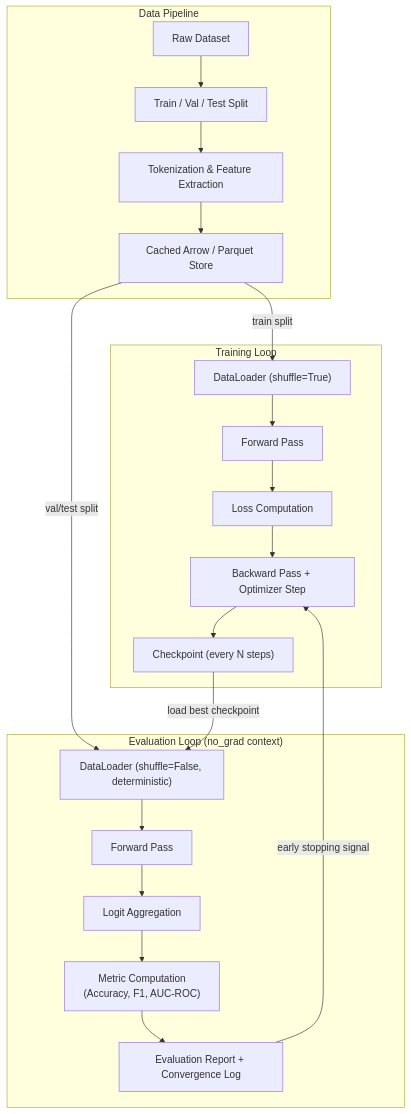
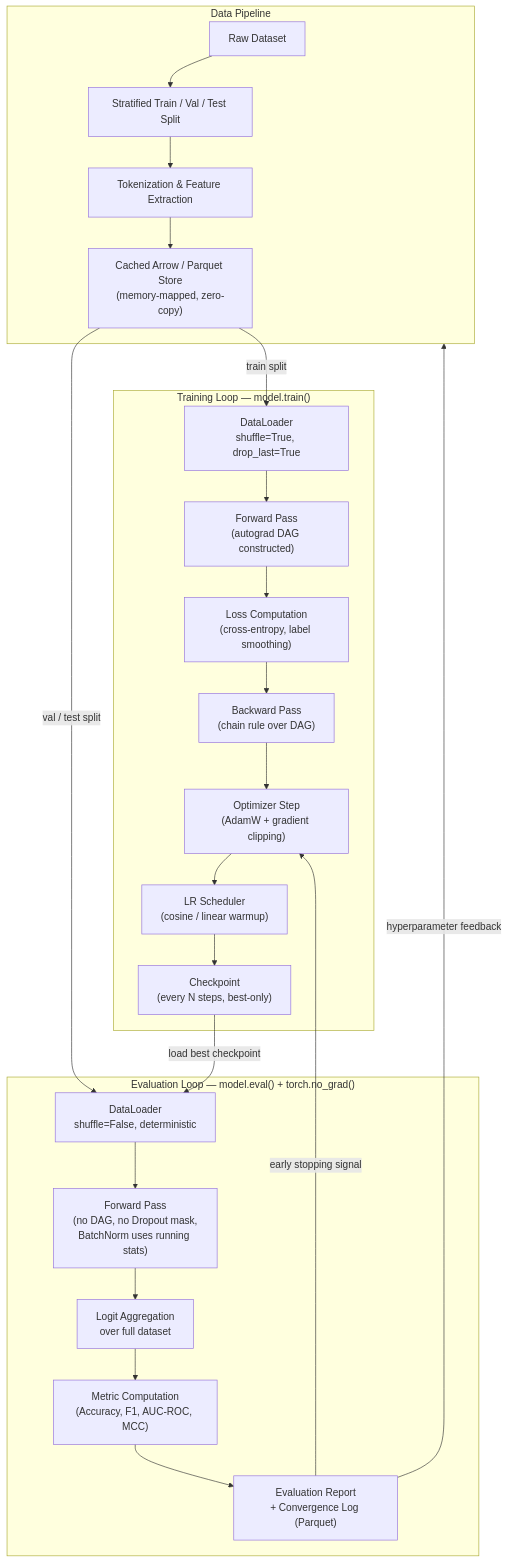
One commit to blebleblee/synapse changed the first of 7 diagrams in topics/computing/ai/vibe_coding/labs.md. Above: the diagram before and after it, drawn with Mermaid. The commit also changed other lines of this file and 4 other files, not shown here.

````diff
--- a/topics/computing/ai/vibe_coding/labs.md
+++ b/topics/computing/ai/vibe_coding/labs.md
@@ -9,27 +19,30 @@
 ```mermaid
 flowchart TD
     subgraph Data["Data Pipeline"]
-        RD["Raw Dataset"] --> SP["Train / Val / Test Split"]
+        RD["Raw Dataset"] --> SP["Stratified Train / Val / Test Split"]
         SP --> TOK["Tokenization & Feature Extraction"]
-        TOK --> CACHE["Cached Arrow / Parquet Store"]
+        TOK --> CACHE["Cached Arrow / Parquet Store\n(memory-mapped, zero-copy)"]
     end
 
-    subgraph Training["Training Loop"]
-        CACHE -->|"train split"| DL_TR["DataLoader (shuffle=True)"]
-        DL_TR --> FWD["Forward Pass"]
-        FWD --> LOSS["Loss Computation"]
-        LOSS --> BWD["Backward Pass + Optimizer Step"]
-        BWD --> CKPT["Checkpoint (every N steps)"]
+    subgraph Training["Training Loop  —  model.train()"]
+        CACHE -->|"train split"| DL_TR["DataLoader\nshuffle=True, drop_last=True"]
+        DL_TR --> FWD["Forward Pass\n(autograd DAG constructed)"]
+        FWD --> LOSS["Loss Computation\n(cross-entropy, label smoothing)"]
+        LOSS --> BWD["Backward Pass\n(chain rule over DAG)"]
+        BWD --> OPT["Optimizer Step\n(AdamW + gradient clipping)"]
+        OPT --> SCHED["LR Scheduler\n(cosine / linear warmup)"]
+        SCHED --> CKPT["Checkpoint\n(every N steps, best-only)"]
     end
 
-    subgraph Evaluation["Evaluation Loop (no_grad context)"]
-        CACHE -->|"val/test split"| DL_EV["DataLoader (shuffle=False, deterministic)"]
-        DL_EV --> FWD_EV["Forward Pass"]
-        FWD_EV --> LOGITS["Logit Aggregation"]
-        LOGITS --> METRICS["Metric Computation\n(Accuracy, F1, AUC-ROC)"]
-        METRICS --> REPORT["Evaluation Report + Convergence Log"]
+    subgraph Evaluation["Evaluation Loop  —  model.eval() + torch.no_grad()"]
+        CACHE -->|"val / test split"| DL_EV["DataLoader\nshuffle=False, deterministic"]
+        DL_EV --> FWD_EV["Forward Pass\n(no DAG, no Dropout mask,\nBatchNorm uses running stats)"]
+        FWD_EV --> LOGITS["Logit Aggregation\nover full dataset"]
+        LOGITS --> METRICS["Metric Computation\n(Accuracy, F1, AUC-ROC, MCC)"]
+        METRICS --> REPORT["Evaluation Report\n+ Convergence Log (Parquet)"]
     end
 
     CKPT -->|"load best checkpoint"| DL_EV
-    REPORT -->|"early stopping signal"| BWD
+    REPORT -->|"early stopping signal"| OPT
+    REPORT -->|"hyperparameter feedback"| Data
 ```
````
